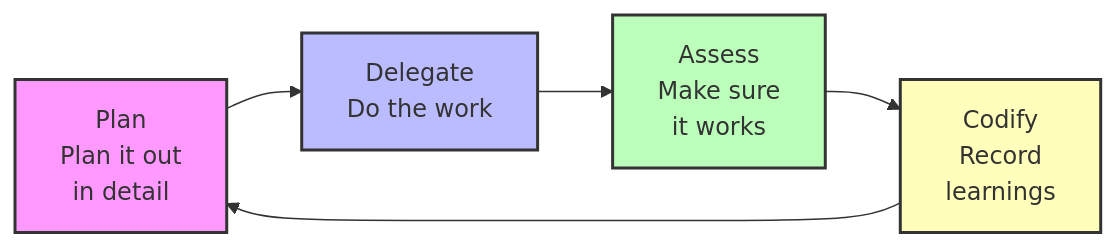
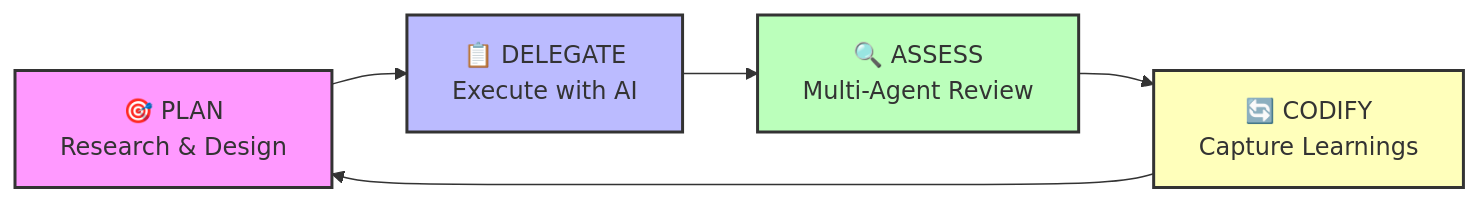
The diagram in README.md (digitalis-io/ai-stack-engineering), drawn with Mermaid before and after one commit. The commit also changed other lines of this file and 22 other files, not shown here.

````diff
--- a/README.md
+++ b/README.md
@@ -63,12 +83,12 @@
 ```mermaid
 graph LR
-    A[Plan<br/>Plan it out<br/>in detail] --> B[Delegate<br/>Do the work]
-    B --> C[Assess<br/>Make sure<br/>it works]
-    C --> D[Codify<br/>Record<br/>learnings]
+    A[🎯 PLAN<br/>Research & Design] --> B[📋 DELEGATE<br/>Execute with AI]
+    B --> C[🔍 ASSESS<br/>Multi-Agent Review]
+    C --> D[🔄 CODIFY<br/>Capture Learnings]
     D --> A
 
     style A fill:#f9f,stroke:#333,stroke-width:2px
     style B fill:#bbf,stroke:#333,stroke-width:2px
     style C fill:#bfb,stroke:#333,stroke-width:2px
     style D fill:#ffb,stroke:#333,stroke-width:2px
 ```
````
